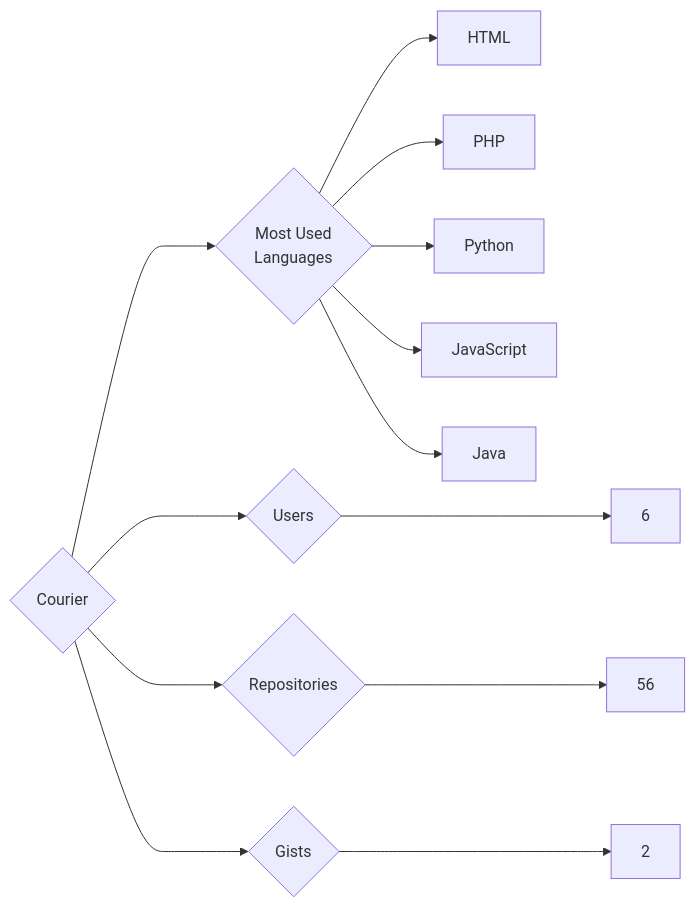
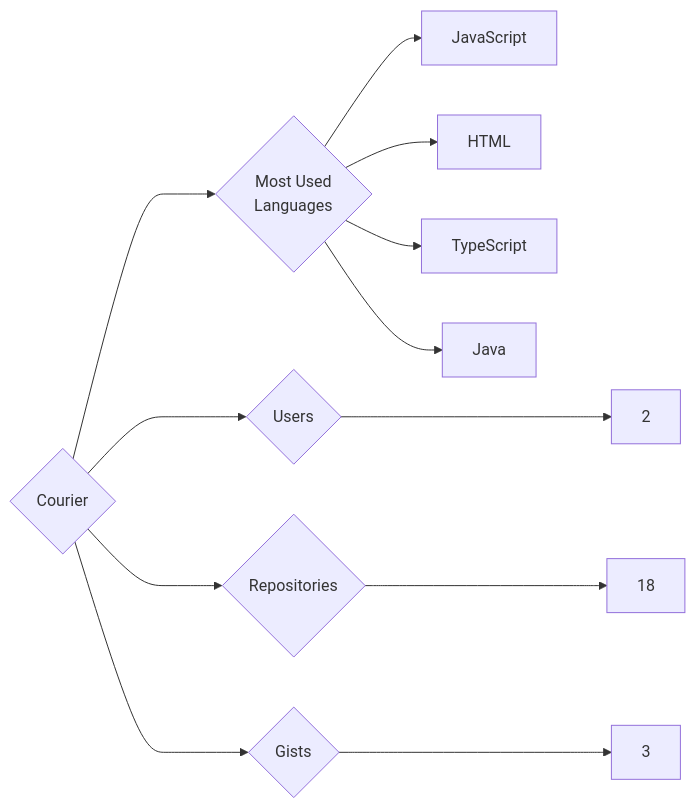
The diagram in targets/Courier/README.md (trickest/insiders), drawn with Mermaid before and after one commit. The commit also changed 840 other files, not shown here.

````diff
--- a/targets/Courier/README.md
+++ b/targets/Courier/README.md
@@ -3,13 +3,12 @@
 ```mermaid
 graph LR
 COMPANY_NAME{Courier}
-COMPANY_NAME ---> U{Users} ---> UN[6]
-COMPANY_NAME ---> R{Repositories} ---> RN[56]
-COMPANY_NAME ---> G{Gists} ---> GN[2]
+COMPANY_NAME ---> U{Users} ---> UN[2]
+COMPANY_NAME ---> R{Repositories} ---> RN[18]
+COMPANY_NAME ---> G{Gists} ---> GN[3]
 COMPANY_NAME ---> ML{Most Used<br>Languages}
+ML --> JavaScript[JavaScript]
 ML --> HTML[HTML]
-ML --> PHP[PHP]
-ML --> Python[Python]
-ML --> JavaScript[JavaScript]
+ML --> TypeScript[TypeScript]
 ML --> Java[Java]
 ```
````
